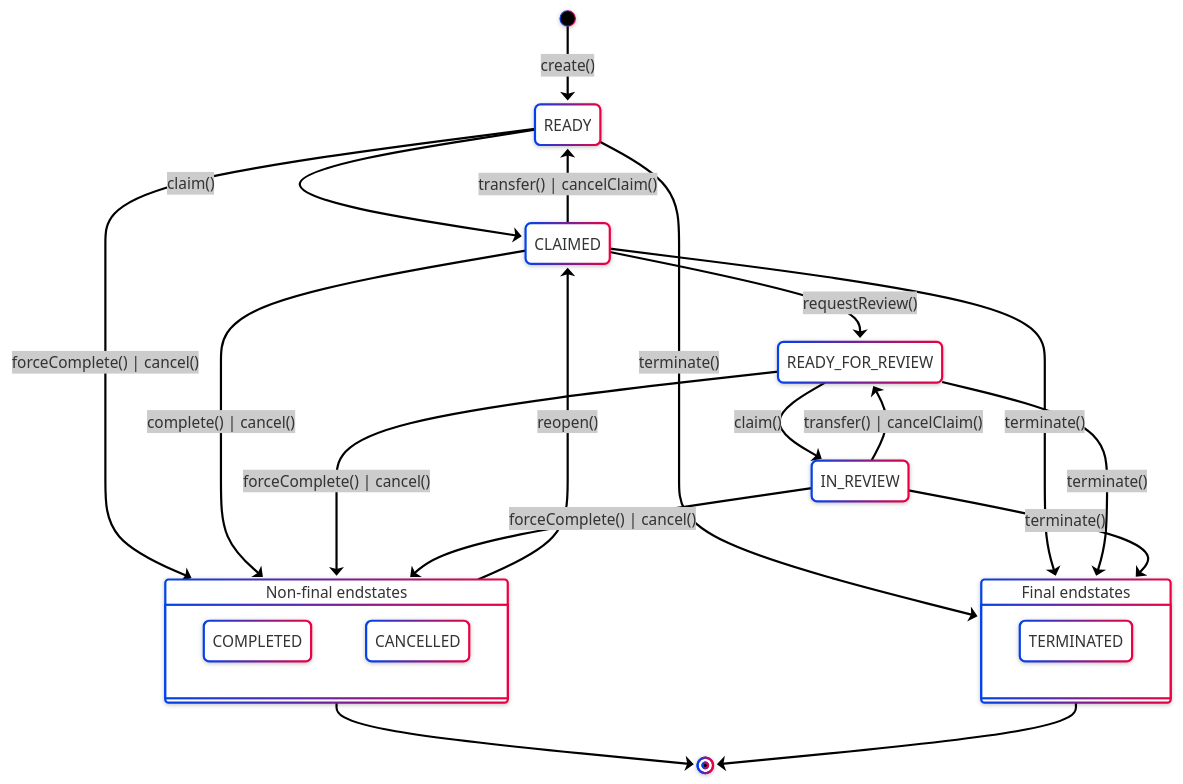
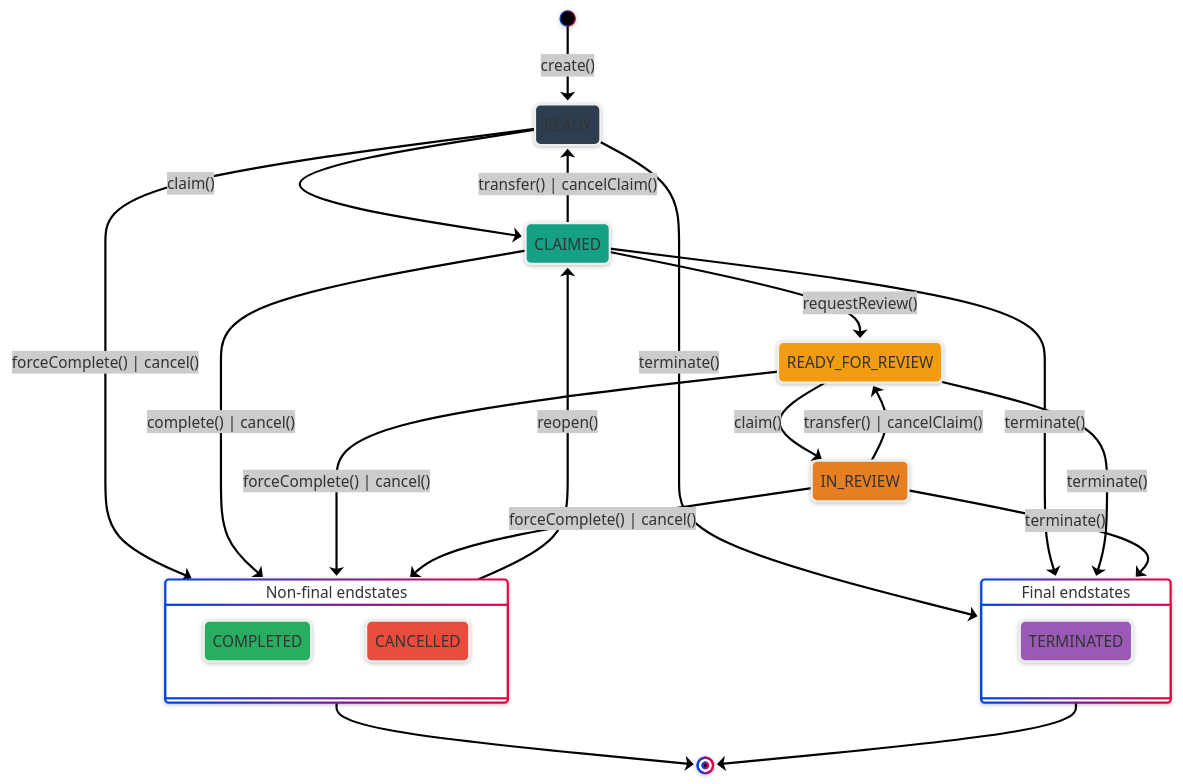
One commit to kadai-io/kadai changed the diagram in README.md. Above: the diagram before and after it, drawn with Mermaid.

Commit message:
KAD-477-docs: mermaid styling

````diff
--- a/README.md
+++ b/README.md
@@ -69,41 +69,55 @@
 ```mermaid
 ---
 config:
   look: neo
   theme: neo
 ---
 stateDiagram-v2
     [*] --> READY: create()
     READY --> CLAIMED: claim()
     READY --> nonFinalEndStates: forceComplete() | cancel()
     READY --> finalEndStates: terminate()
 
     CLAIMED --> READY_FOR_REVIEW: requestReview()
     CLAIMED --> READY: transfer() | cancelClaim()
     CLAIMED --> nonFinalEndStates: complete() | cancel()
     CLAIMED --> finalEndStates: terminate()
 
     READY_FOR_REVIEW --> IN_REVIEW: claim()
     READY_FOR_REVIEW --> nonFinalEndStates: forceComplete() | cancel()
     READY_FOR_REVIEW --> finalEndStates: terminate()
 
     IN_REVIEW --> READY_FOR_REVIEW: transfer() | cancelClaim()
     IN_REVIEW --> nonFinalEndStates: forceComplete() | cancel()
     IN_REVIEW --> finalEndStates: terminate()
 
     nonFinalEndStates --> CLAIMED: reopen()
     nonFinalEndStates --> [*]
     finalEndStates --> [*]
     
     nonFinalEndStates: Non-final endstates
     state nonFinalEndStates {
         COMPLETED
         CANCELLED
     }
 
     finalEndStates: Final endstates
     state finalEndStates {
         TERMINATED
     }
+    classdef style_READY fill:#2c3e50,stroke:#ecf0f1,stroke-width:2px
+    classdef style_CLAIMED fill:#16a085,stroke:#ecf0f1,stroke-width:2px
+    classdef style_READY_FOR_REVIEW fill:#f39c12,stroke:#ecf0f1,stroke-width:2px
+    classdef style_IN_REVIEW fill:#e67e22,stroke:#ecf0f1,stroke-width:2px
+    classdef style_COMPLETED fill:#27ae60,stroke:#ecf0f1,stroke-width:2px
+    classdef style_CANCELLED fill:#e74c3c,stroke:#ecf0f1,stroke-width:2px
+    classdef style_TERMINATED fill:#9b59b6,stroke:#ecf0f1,stroke-width:2px
 
+    class READY style_READY
+    class CLAIMED style_CLAIMED
+    class READY_FOR_REVIEW style_READY_FOR_REVIEW
+    class IN_REVIEW style_IN_REVIEW
+    class COMPLETED style_COMPLETED
+    class CANCELLED style_CANCELLED
+    class TERMINATED style_TERMINATED
 ```
````
